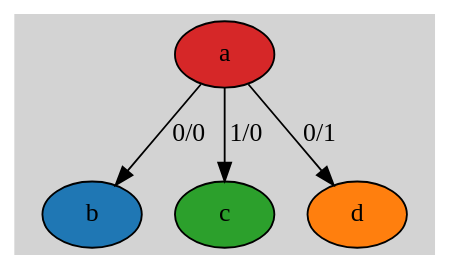
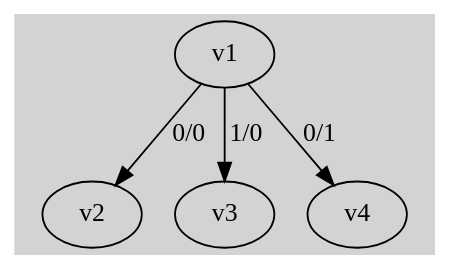
Before and after one commit to Mark-Kovalyov/probe: the diagram in algo-vizualizer/graph/example.gv, drawn with Graphviz. The commit also changed 11 other files, not shown here.

```diff
--- a/algo-vizualizer/graph/example.gv
+++ b/algo-vizualizer/graph/example.gv
@@ -1,13 +1,13 @@
 digraph {
     graph [pad="0.212,0.055" bgcolor=lightgray  splines=line]
     node [style=filled]
 
-    a [fillcolor="#d62728" pos="0,0!"]
-    b [fillcolor="#1f77b4" pos="0,1!"]
-    c [fillcolor="#2ca02c" pos="2,2!"]
-    d [fillcolor="#ff7f0e" pos="-1,0!"]
+    v1 [pos="0,0!"]
+    v2 [pos="0,1!"]
+    v3 [pos="2,2!"]
+    v4 [pos="-1,0!"]
 
-    a -> b [label="0/0"];
-    a -> c [label="1/0"];
-    a -> d [label="0/1"];
+    v1 -> v2 [label="0/0"];
+    v1 -> v3 [label="1/0"];
+    v1 -> v4 [label="0/1"];
 }
```
